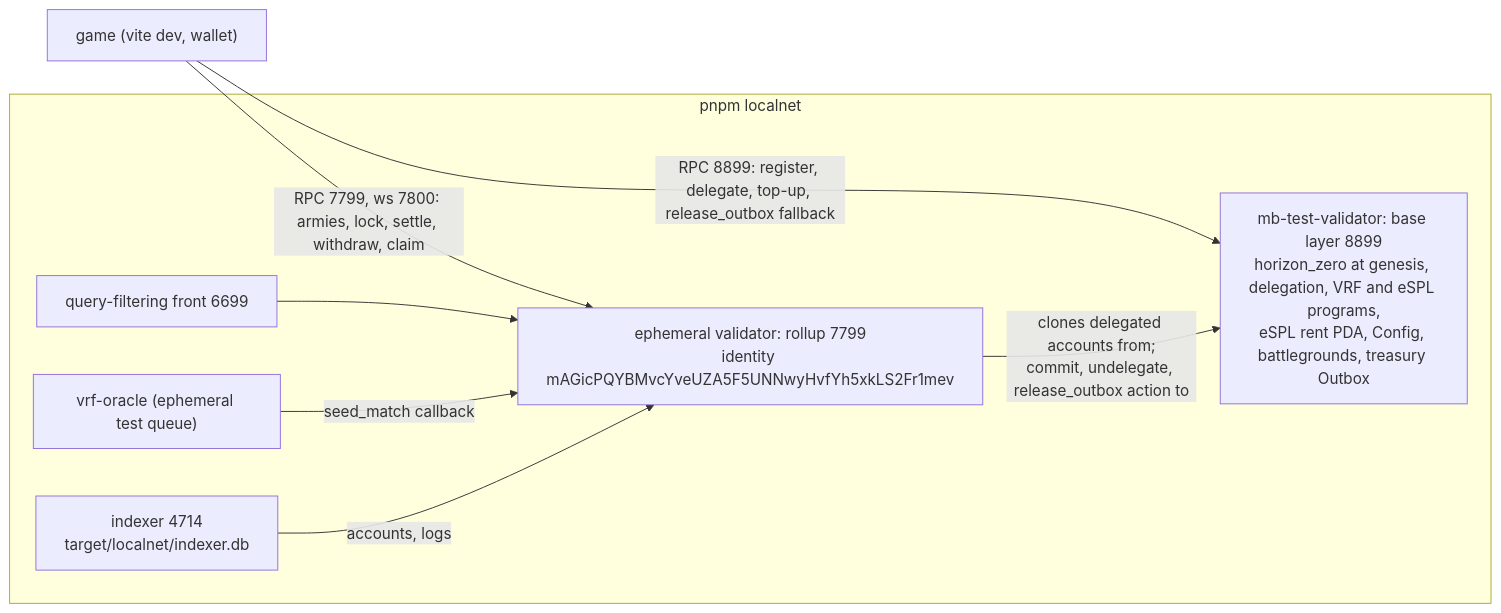
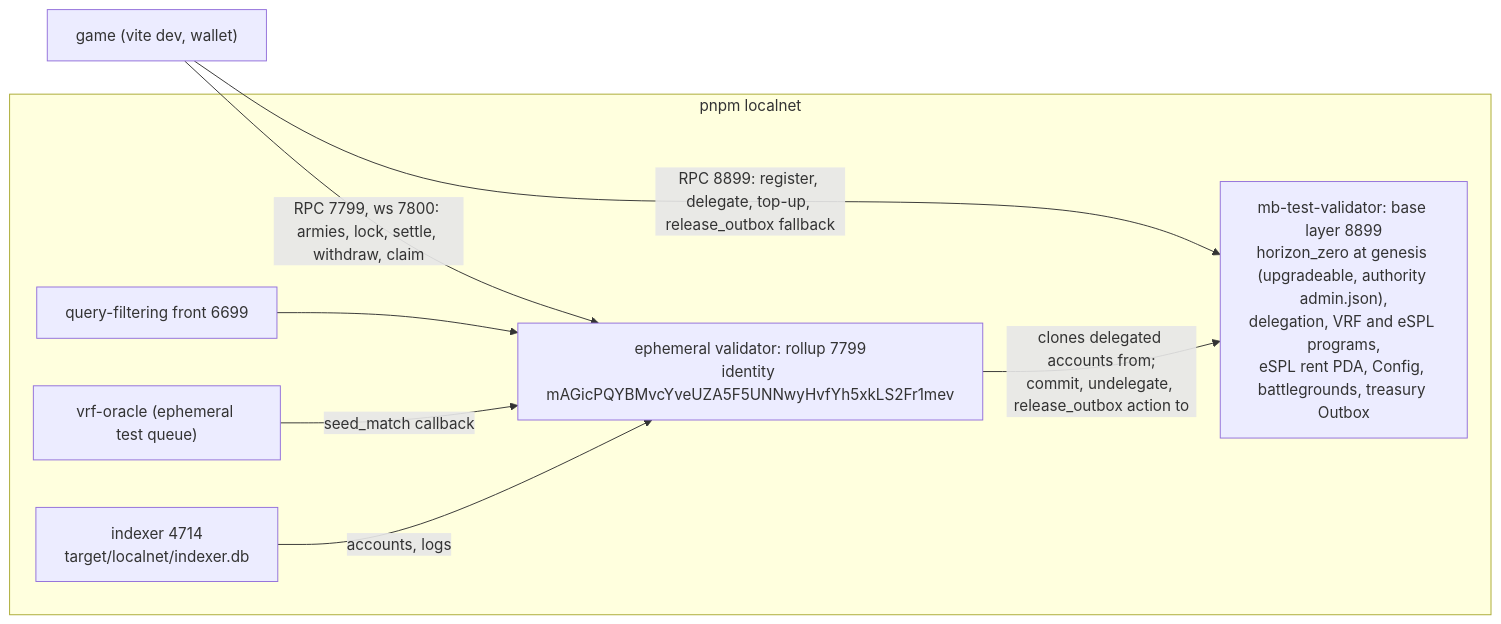
One commit to Dodecahedr0x/horizon-zero changed the diagram in docs/src/deployment.md. Above: the diagram before and after it, drawn with Mermaid. The commit also changed other lines of this file and 4 other files, not shown here.

Commit message:
fix(scripts): upgradeable local load with the admin as upgrade authority, default-build guard, deploy and bootstrap with the upgrade authority

````diff
--- a/docs/src/deployment.md
+++ b/docs/src/deployment.md
@@ -26,16 +26,16 @@
 ```mermaid
 flowchart LR
   App["game (vite dev, wallet)"] -->|"RPC 8899: register, delegate, top-up, release_outbox fallback"| Base
   App -->|"RPC 7799, ws 7800: armies, lock, settle, withdraw, claim"| ER
   subgraph stack ["pnpm localnet"]
-    Base["mb-test-validator: base layer 8899<br/>horizon_zero at genesis, delegation, VRF and eSPL programs,<br/>eSPL rent PDA, Config, battlegrounds, treasury Outbox"]
+    Base["mb-test-validator: base layer 8899<br/>horizon_zero at genesis (upgradeable, authority admin.json),<br/>delegation, VRF and eSPL programs,<br/>eSPL rent PDA, Config, battlegrounds, treasury Outbox"]
     ER["ephemeral validator: rollup 7799<br/>identity mAGicPQYBMvcYveUZA5F5UNNwyHvfYh5xkLS2Fr1mev"]
     QFS["query-filtering front 6699"]
     Oracle["vrf-oracle (ephemeral test queue)"]
     Indexer["indexer 4714<br/>target/localnet/indexer.db"]
     QFS --> ER
     ER -->|"clones delegated accounts from;<br/>commit, undelegate, release_outbox action to"| Base
     Oracle -->|"seed_match callback"| ER
     Indexer -->|"accounts, logs"| ER
   end
 ```
````
